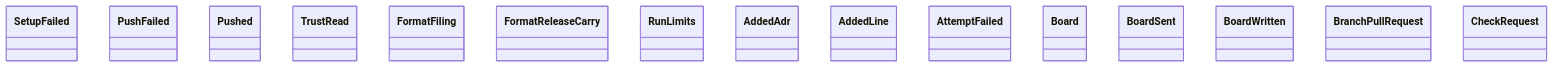
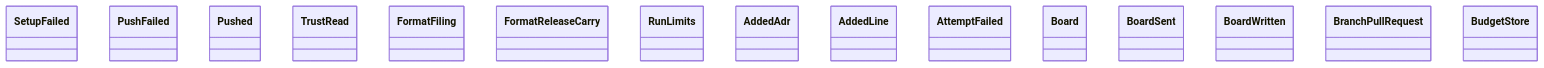
The diagram in docs/architecture/generated/classes-process-application-support-1.md (GonzaloZevallos/agentic-system), drawn with Mermaid before and after one commit. The commit also changed 23 other files, not shown here.

First line of the commit message:
Split an over-budget adapter kind page in the package docs and document BudgetStore

````diff
--- a/docs/architecture/generated/classes-process-application-support-1.md
+++ b/docs/architecture/generated/classes-process-application-support-1.md
@@ -20,18 +20,18 @@
 ```mermaid
 classDiagram
     class checkouts__SetupFailed["SetupFailed"]
     class ci_push__PushFailed["PushFailed"]
     class ci_push__Pushed["Pushed"]
     class ci_trust__TrustRead["TrustRead"]
     class format_issue__FormatFiling["FormatFiling"]
     class format_release__FormatReleaseCarry["FormatReleaseCarry"]
     class limits__RunLimits["RunLimits"]
     class ports__AddedAdr["AddedAdr"]
     class ports__AddedLine["AddedLine"]
     class ports__AttemptFailed["AttemptFailed"]
     class ports__Board["Board"]
     class ports__BoardSent["BoardSent"]
     class ports__BoardWritten["BoardWritten"]
     class ports__BranchPullRequest["BranchPullRequest"]
-    class ports__CheckRequest["CheckRequest"]
+    class ports__BudgetStore["BudgetStore"]
 ```
````
